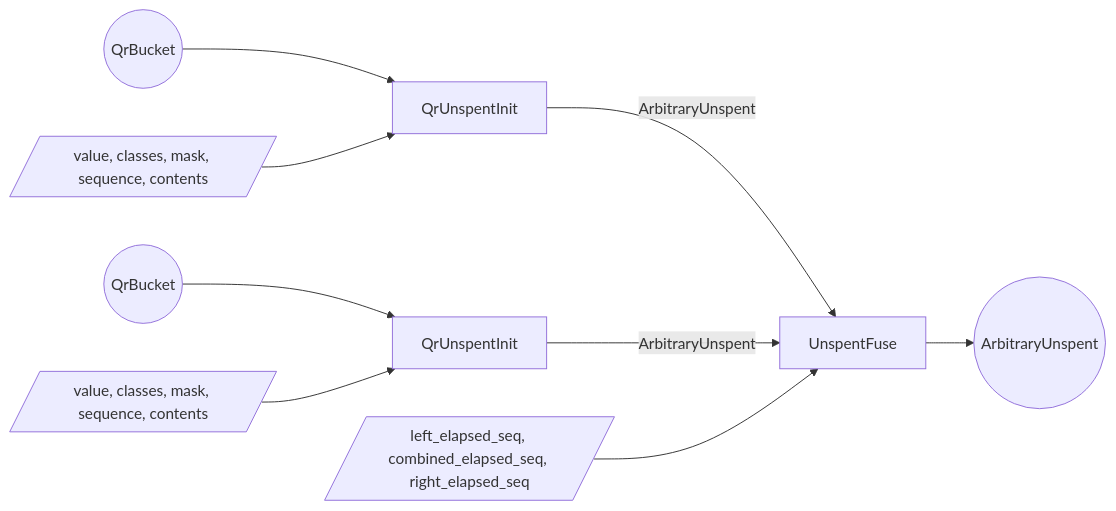
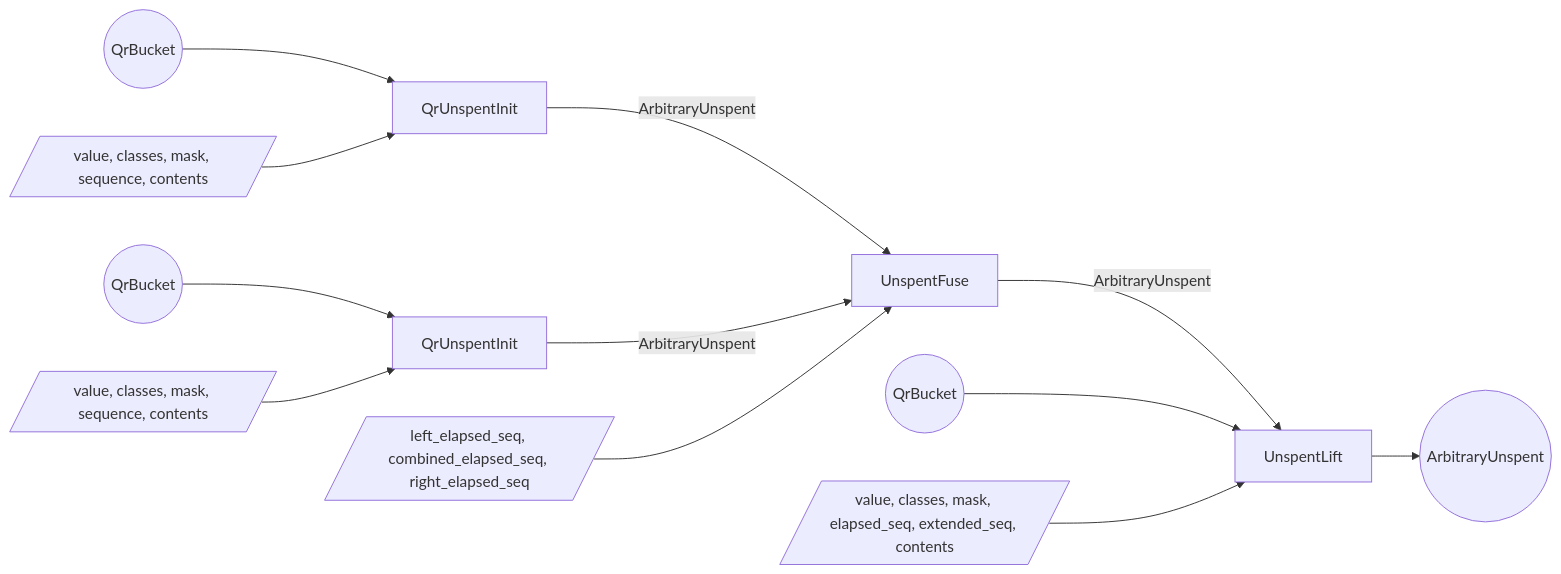
The third of 3 diagrams in book/src/proof-tree.md (alxiong/tachyon), drawn with Mermaid before and after one commit. The commit also changed other lines of this file and 5 other files, not shown here.

First line of the commit message:
feat: UnspentLift appends one epoch per step (#223)

````diff
--- a/book/src/proof-tree.md
+++ b/book/src/proof-tree.md
@@ -385,21 +390,27 @@
 ```mermaid
 flowchart LR
   bucket_e((QrBucket))
   w_init[/value, classes, mask, sequence, contents/]
   s_init[QrUnspentInit]
   bucket_next((QrBucket))
   w_next[/value, classes, mask, sequence, contents/]
   s_next[QrUnspentInit]
   w_ufuse[/left_elapsed_seq, combined_elapsed_seq, right_elapsed_seq/]
   s_ufuse[UnspentFuse]
+  bucket_after((QrBucket))
+  w_ulift[/value, classes, mask, elapsed_seq, extended_seq, contents/]
+  s_ulift[UnspentLift]
   unspent_out((ArbitraryUnspent))
 
   bucket_e --> s_init
   w_init --> s_init
   bucket_next --> s_next
   w_next --> s_next
   s_init -->|ArbitraryUnspent| s_ufuse
   s_next -->|ArbitraryUnspent| s_ufuse
   w_ufuse --> s_ufuse
-  s_ufuse --> unspent_out
+  s_ufuse -->|ArbitraryUnspent| s_ulift
+  bucket_after --> s_ulift
+  w_ulift --> s_ulift
+  s_ulift --> unspent_out
 ```
````
